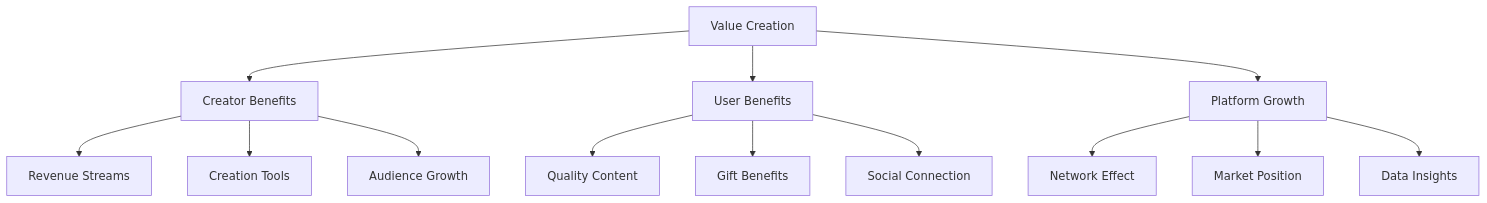
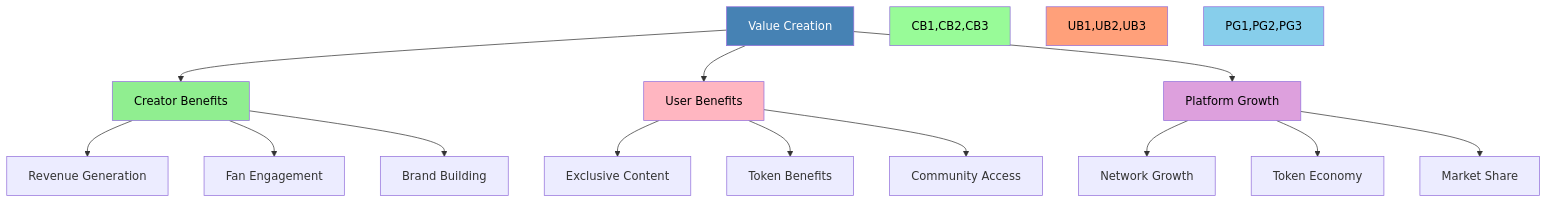
Before and after one commit to MEMEFANS/memefans: the second of 9 diagrams in docs/whitepaper/business-model.md, drawn with Mermaid. The commit also changed 2 other files, not shown here.

Commit message:
fix: update mermaid diagrams to use standard graph TD format with improved styles

````diff
--- a/docs/whitepaper/business-model.md
+++ b/docs/whitepaper/business-model.md
@@ -46,18 +46,26 @@
 ```mermaid
 graph TD
-    A[Value Creation] --> B[Creator Benefits]
-    A --> C[User Benefits]
-    A --> D[Platform Growth]
+    VP[Value Creation] --> CB[Creator Benefits]
+    VP --> UB[User Benefits]
+    VP --> PG[Platform Growth]
     
-    B --> B1[Revenue Streams]
-    B --> B2[Creation Tools]
-    B --> B3[Audience Growth]
+    CB --> CB1[Revenue Generation]
+    CB --> CB2[Fan Engagement]
+    CB --> CB3[Brand Building]
     
-    C --> C1[Quality Content]
-    C --> C2[Gift Benefits]
-    C --> C3[Social Connection]
+    UB --> UB1[Exclusive Content]
+    UB --> UB2[Token Benefits]
+    UB --> UB3[Community Access]
     
-    D --> D1[Network Effect]
-    D --> D2[Market Position]
-    D --> D3[Data Insights]
+    PG --> PG1[Network Growth]
+    PG --> PG2[Token Economy]
+    PG --> PG3[Market Share]
+    
+    style VP fill:#4682B4,color:#FFFFFF
+    style CB fill:#90EE90,color:#000000
+    style UB fill:#FFB6C1,color:#000000
+    style PG fill:#DDA0DD,color:#000000
+    style CB1,CB2,CB3 fill:#98FB98,color:#000000
+    style UB1,UB2,UB3 fill:#FFA07A,color:#000000
+    style PG1,PG2,PG3 fill:#87CEEB,color:#000000
 ```
````
